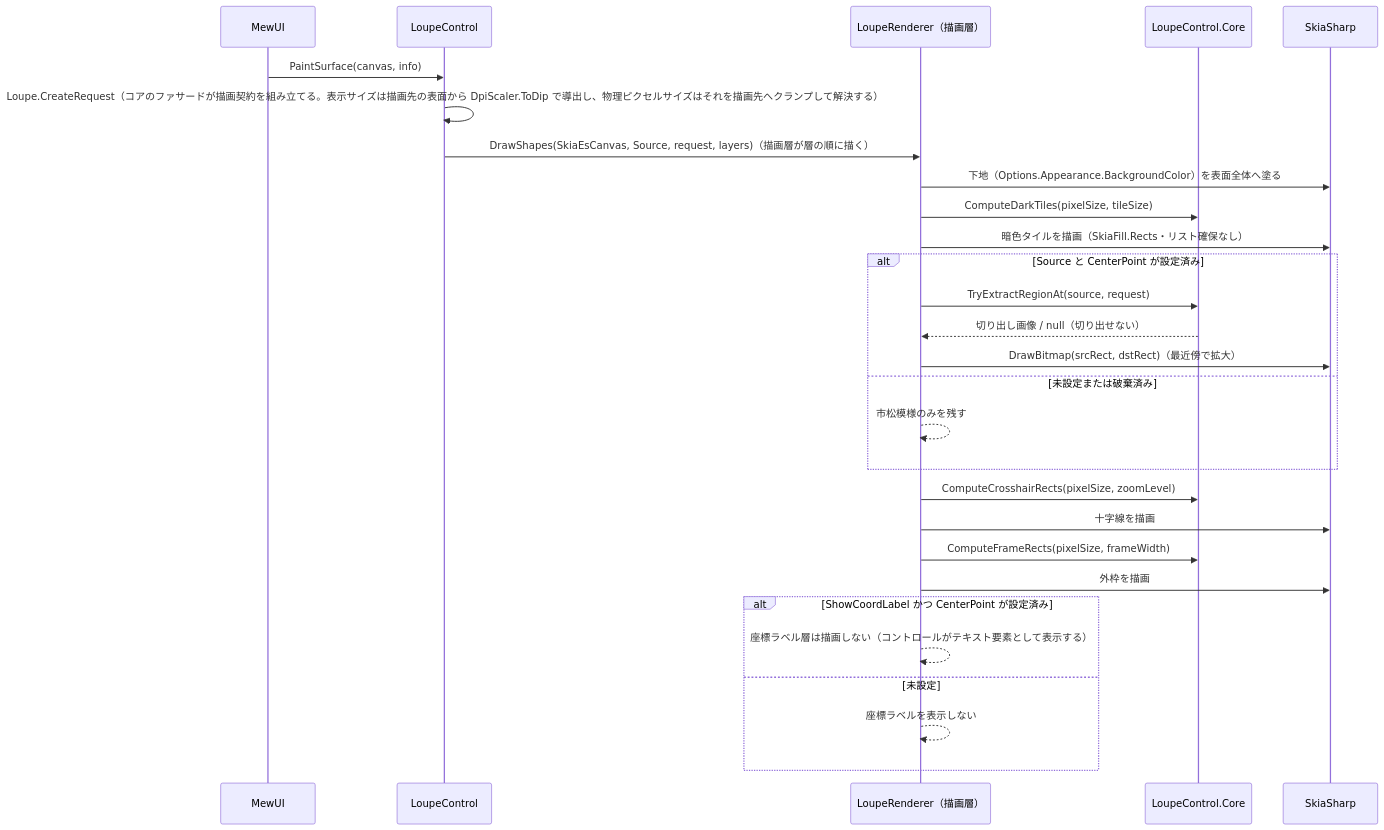
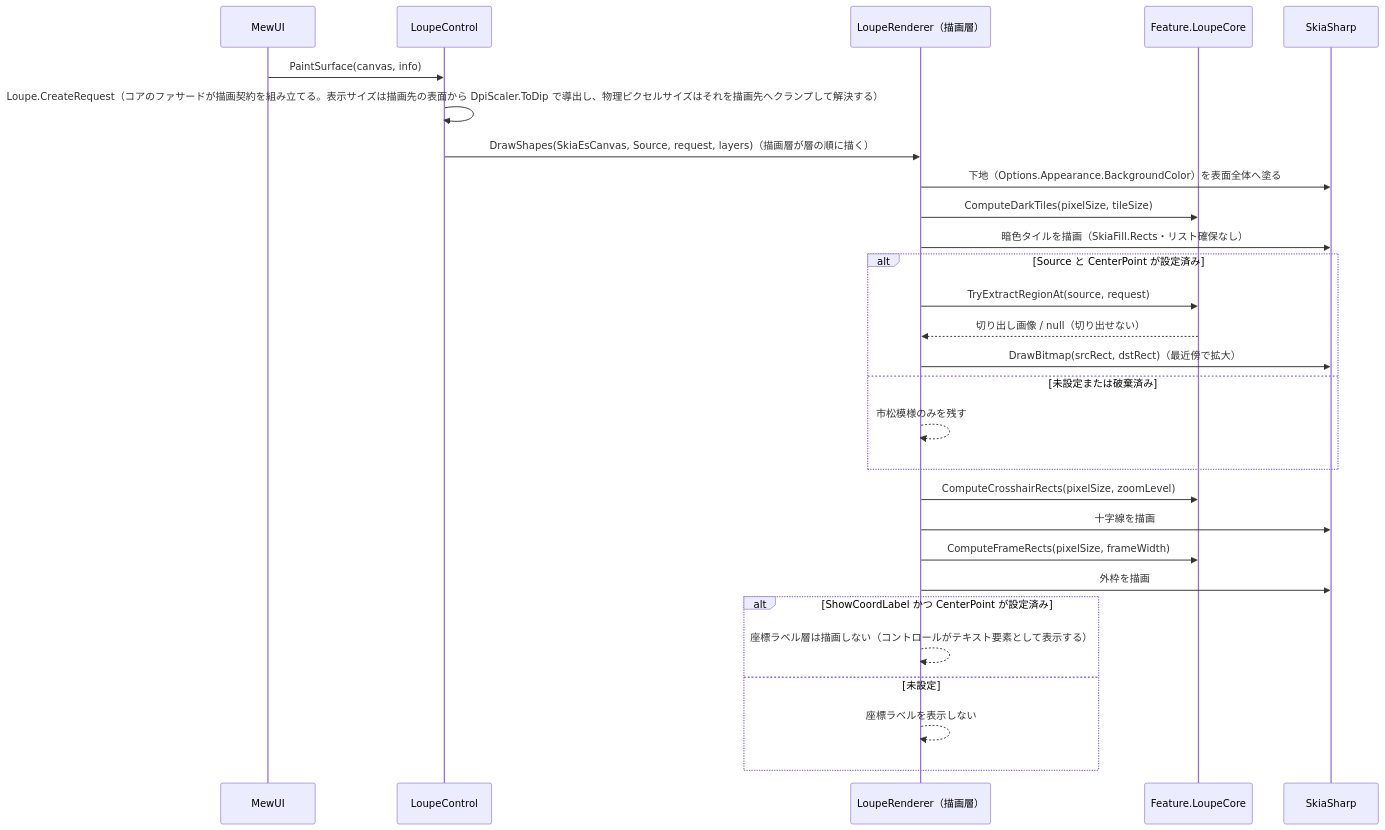
Before and after one commit to tomokuni/SaveEvidence: the second of 2 diagrams in src/LoupeControl.MewUI/SPEC_System.md, drawn with Mermaid. The commit also changed other lines of this file and 131 other files, not shown here.

First line of the commit message:
Core プロジェクトを Feature.MarqueeCore / Feature.LoupeCore へ改名

````diff
--- a/src/LoupeControl.MewUI/SPEC_System.md
+++ b/src/LoupeControl.MewUI/SPEC_System.md
@@ -190,31 +190,31 @@
 ```mermaid
 sequenceDiagram
     participant MW as MewUI
     participant LC as LoupeControl
     participant R as LoupeRenderer（描画層）
-    participant C as LoupeControl.Core
+    participant C as Feature.LoupeCore
     participant SK as SkiaSharp
 
     MW->>LC: PaintSurface(canvas, info)
     LC->>LC: Loupe.CreateRequest（コアのファサードが描画契約を組み立てる。表示サイズは描画先の表面から DpiScaler.ToDip で導出し、物理ピクセルサイズはそれを描画先へクランプして解決する）
     LC->>R: DrawShapes(SkiaEsCanvas, Source, request, layers)（描画層が層の順に描く）
     R->>SK: 下地（Options.Appearance.BackgroundColor）を表面全体へ塗る
     R->>C: ComputeDarkTiles(pixelSize, tileSize)
     R->>SK: 暗色タイルを描画（SkiaFill.Rects・リスト確保なし）
     alt Source と CenterPoint が設定済み
         R->>C: TryExtractRegionAt(source, request)
         C-->>R: 切り出し画像 / null（切り出せない）
         R->>SK: DrawBitmap(srcRect, dstRect)（最近傍で拡大）
     else 未設定または破棄済み
         R-->>R: 市松模様のみを残す
     end
     R->>C: ComputeCrosshairRects(pixelSize, zoomLevel)
     R->>SK: 十字線を描画
     R->>C: ComputeFrameRects(pixelSize, frameWidth)
     R->>SK: 外枠を描画
     alt ShowCoordLabel かつ CenterPoint が設定済み
         R-->>R: 座標ラベル層は描画しない（コントロールがテキスト要素として表示する）
     else 未設定
         R-->>R: 座標ラベルを表示しない
     end
 ```
````
